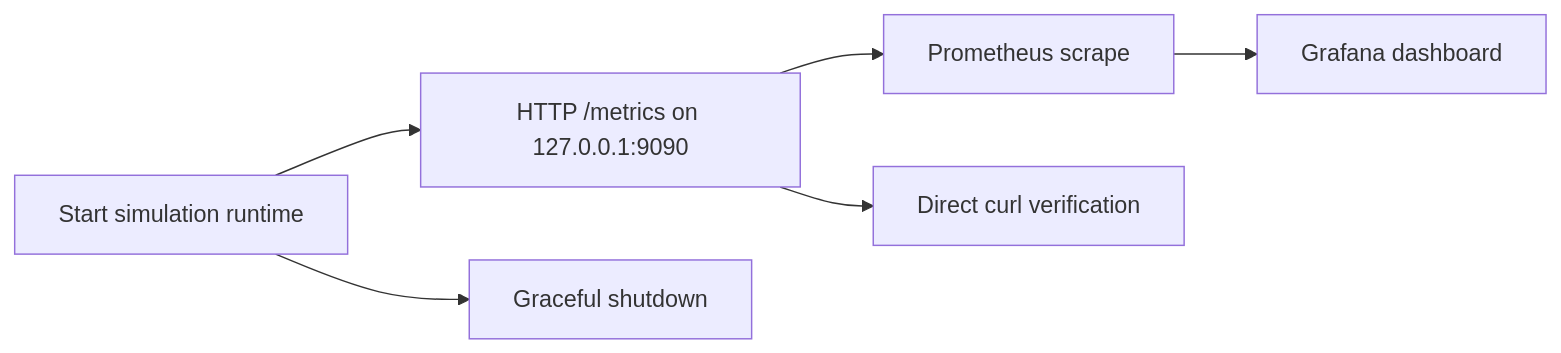
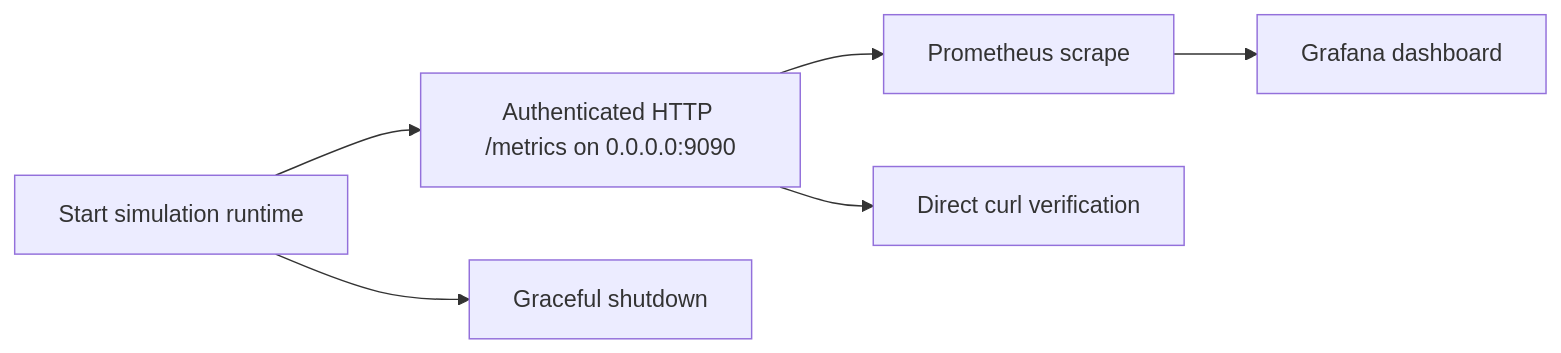
The diagram in docs/PILOT_DAY_ONE_ONE_PAGER.md (NielHitesh001/Fort), drawn with Mermaid before and after one commit. The commit also changed other lines of this file and 29 other files, not shown here.

````diff
--- a/docs/PILOT_DAY_ONE_ONE_PAGER.md
+++ b/docs/PILOT_DAY_ONE_ONE_PAGER.md
@@ -9,8 +9,8 @@
 ```mermaid
 flowchart LR
-    A[Start simulation runtime] --> B[HTTP /metrics on 127.0.0.1:9090]
+    A[Start simulation runtime] --> B[Authenticated HTTP /metrics on 0.0.0.0:9090]
     B --> C[Prometheus scrape]
     C --> D[Grafana dashboard]
     B --> E[Direct curl verification]
     A --> F[Graceful shutdown]
 ```
````
